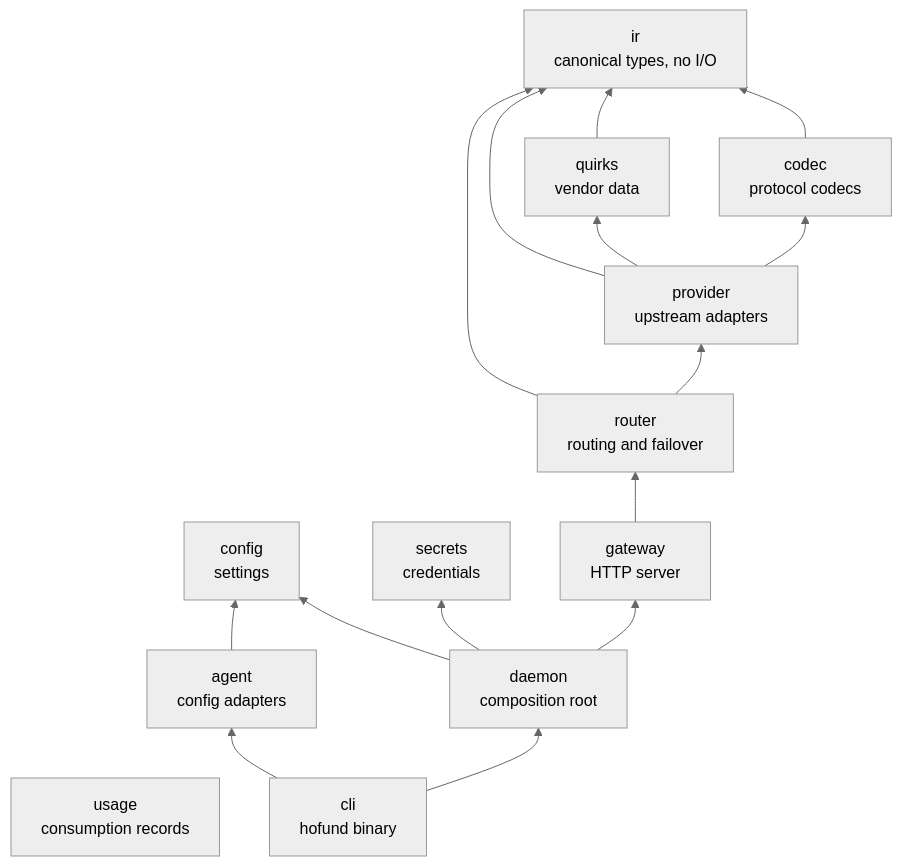
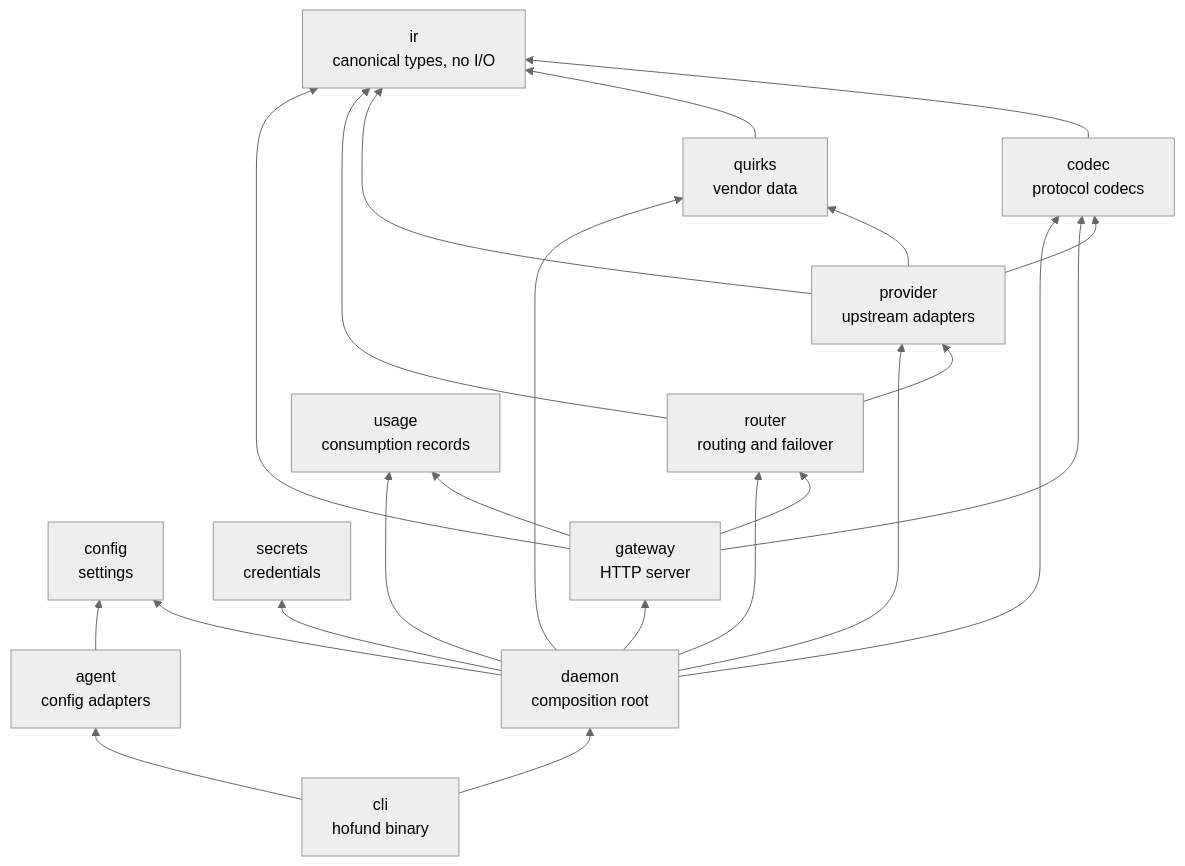
One commit to logibricks-io/open-heimdall-hofund changed the diagram in docs/architecture.md. Above: the diagram before and after it, drawn with Mermaid (neutral theme). The commit also changed other lines of this file and 25 other files, not shown here.

First line of the commit message:
Add the local gateway, config, bearer token, and usage ledger.

````diff
--- a/docs/architecture.md
+++ b/docs/architecture.md
@@ -33,30 +32,38 @@
 ```mermaid
 flowchart BT
   ir["ir<br/>canonical types, no I/O"]
   codec["codec<br/>protocol codecs"]
   quirks["quirks<br/>vendor data"]
   provider["provider<br/>upstream adapters"]
   router["router<br/>routing and failover"]
   config["config<br/>settings"]
   secrets["secrets<br/>credentials"]
   usage["usage<br/>consumption records"]
   agent["agent<br/>config adapters"]
   gateway["gateway<br/>HTTP server"]
   daemon["daemon<br/>composition root"]
   cli["cli<br/>hofund binary"]
 
   codec --> ir
   quirks --> ir
   provider --> codec
   provider --> ir
   provider --> quirks
   router --> provider
   router --> ir
   gateway --> router
+  gateway --> codec
+  gateway --> ir
+  gateway --> usage
   daemon --> gateway
   daemon --> config
   daemon --> secrets
+  daemon --> provider
+  daemon --> codec
+  daemon --> quirks
+  daemon --> router
+  daemon --> usage
   agent --> config
   cli --> daemon
   cli --> agent
 ```
````
